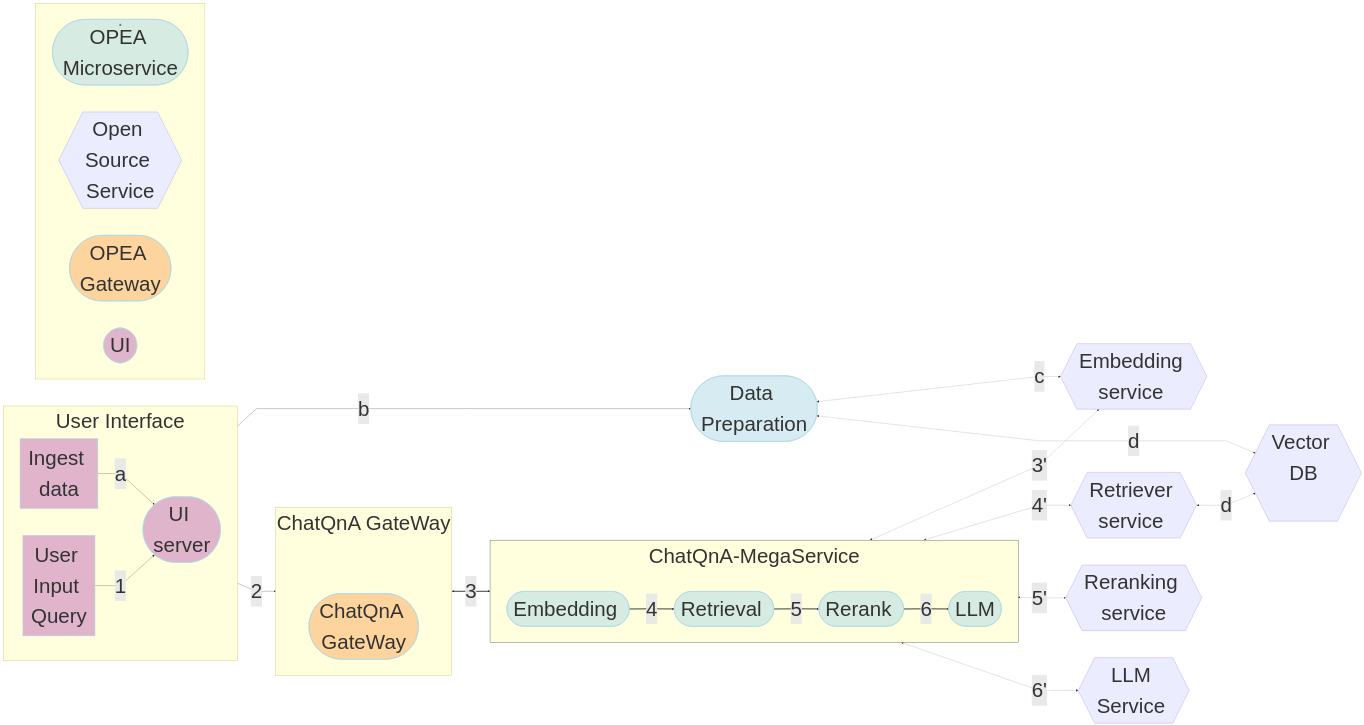
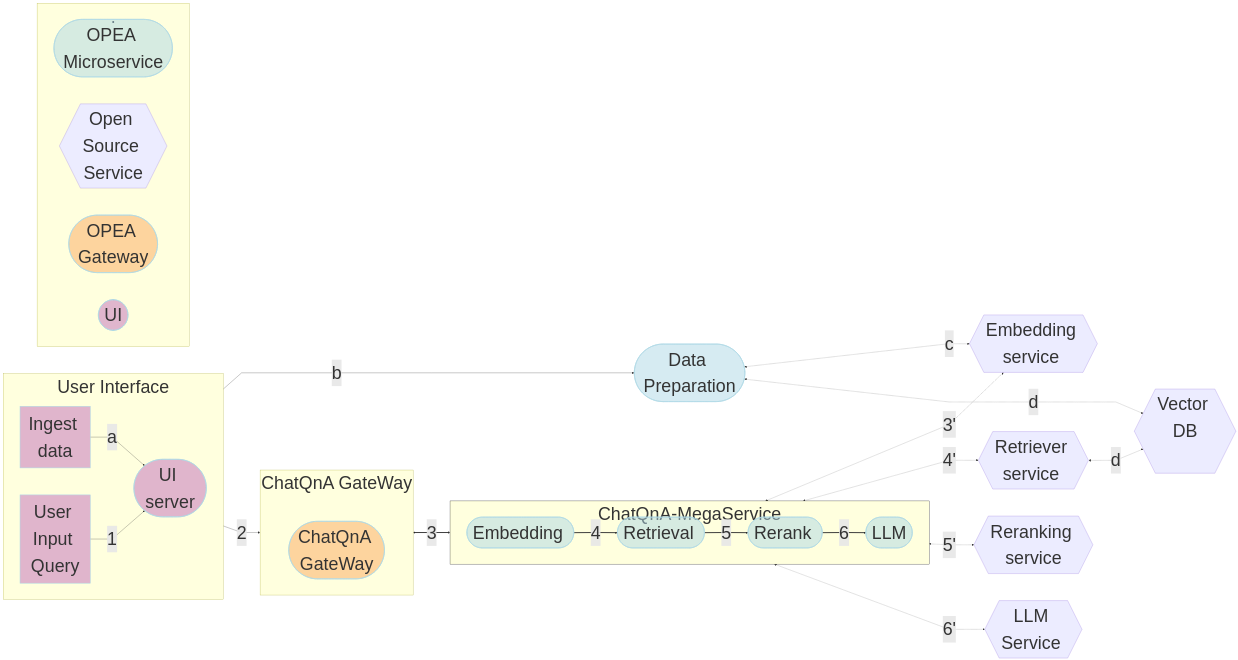
Before and after one commit to ctao456/GenAIExamples: the diagram in ChatQnA/README.md, drawn with Mermaid.

```diff
--- a/ChatQnA/README.md
+++ b/ChatQnA/README.md
@@ -20,7 +20,7 @@
     curve: linear
     useMaxWidth: true
   themeVariables:
-    fontSize: 76px
+    fontSize: 66px
 ---
 
 flowchart LR
@@ -34,7 +34,6 @@
     %% Subgraphs %%
     subgraph ChatQnA-MegaService["ChatQnA-MegaService"]
         direction LR
-        invis0[ ]:::invisible
         EM([Embedding <br>]):::blue
         RET([Retrieval <br>]):::blue
         RER([Rerank <br>]):::blue
@@ -43,15 +42,13 @@
     subgraph UserInterface["User Interface"]
         direction LR
         invis1[ ]:::invisible
-        invis2[ ]:::invisible
         a([User Input Query]):::orchid
         Ingest([Ingest data]):::orchid
         UI([UI server<br>]):::orchid
     end
     subgraph ChatQnA GateWay
         direction LR
-        invis3[ ]:::invisible
-        invis4[ ]:::invisible
+        invis2[ ]:::invisible
         GW([ChatQnA GateWay<br>]):::orange
     end
     subgraph .
```
